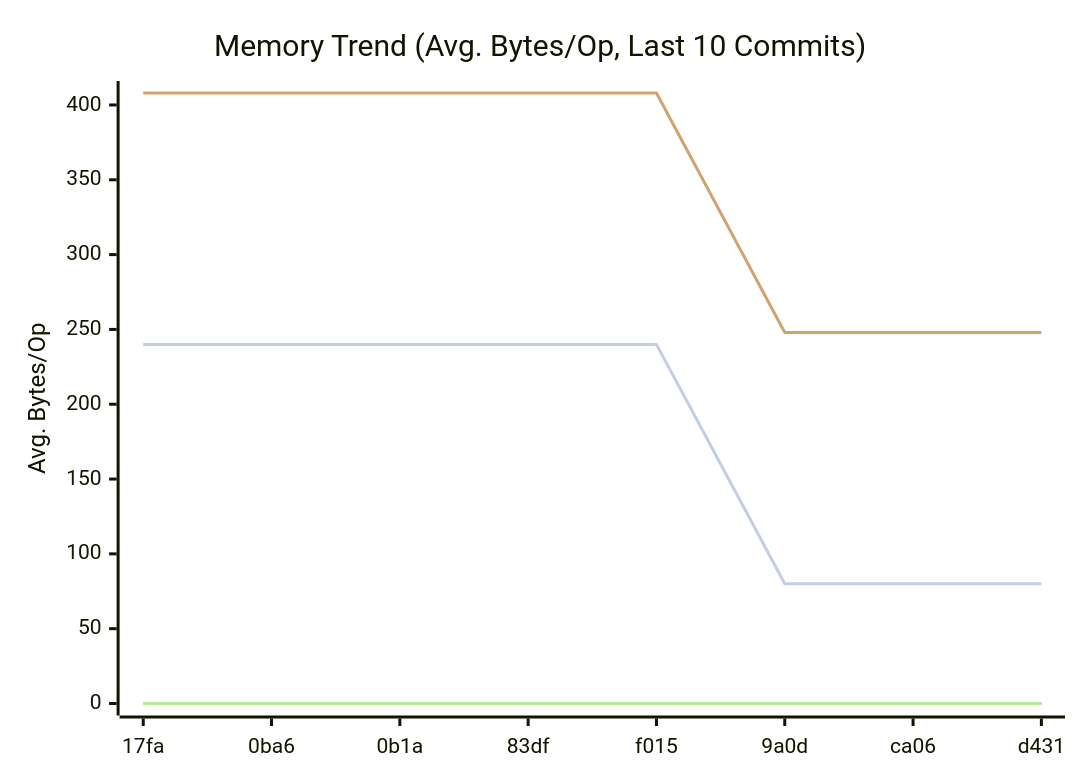
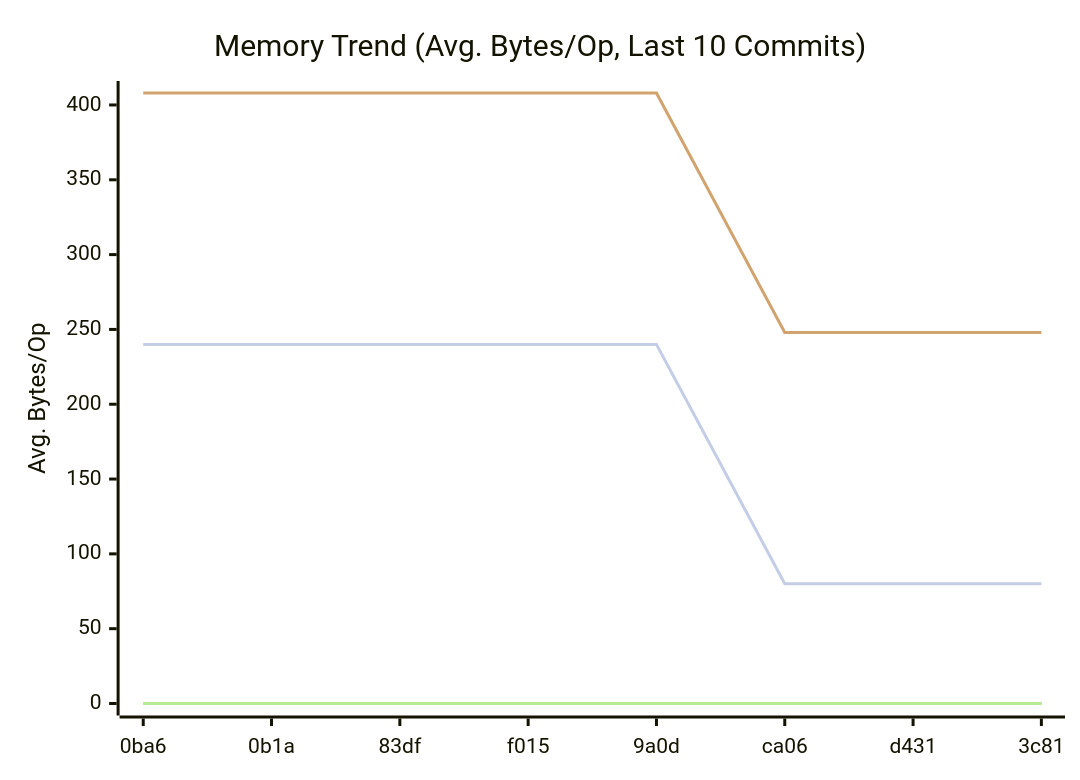
The second of 3 diagrams in docs/README.md (alsotoes/momo), drawn with Mermaid before and after one commit. The commit also changed other lines of this file and 1 other file, not shown here.

````diff
--- a/docs/README.md
+++ b/docs/README.md
@@ -203,14 +203,14 @@
 ```mermaid
 xychart-beta
     title "Memory Trend (Avg. Bytes/Op, Last 10 Commits)"
     x-axis "Commit"
     y-axis "Avg. Bytes/Op"
-    x-axis [17fa,0ba6,0b1a,83df,f015,9a0d,ca06,d431]
+    x-axis [0ba6,0b1a,83df,f015,9a0d,ca06,d431,3c81]
     line "CheckMetricsAndSwap" [0,0,0,0,0,0,0,0,0,0]
     line "IndexDirectTracking" [0,0,0,0,0,0,0,0,0,0]
     line "IndexSearch" [0,0,0,0,0,0,0,0,0,0]
     line "LoadGlobalConfig" [0,0,0,0,0,0,0,0,0,0]
     line "PadString" [0,0,0,0,0,0,0,0,0,0]
     line "ParseReplicationOrder_NoPrealloc" [408,408,408,408,408,248,248,248,248,248]
     line "ParseReplicationOrder_Prealloc" [240,240,240,240,240,80,80,80,80,80]
 ```
````
